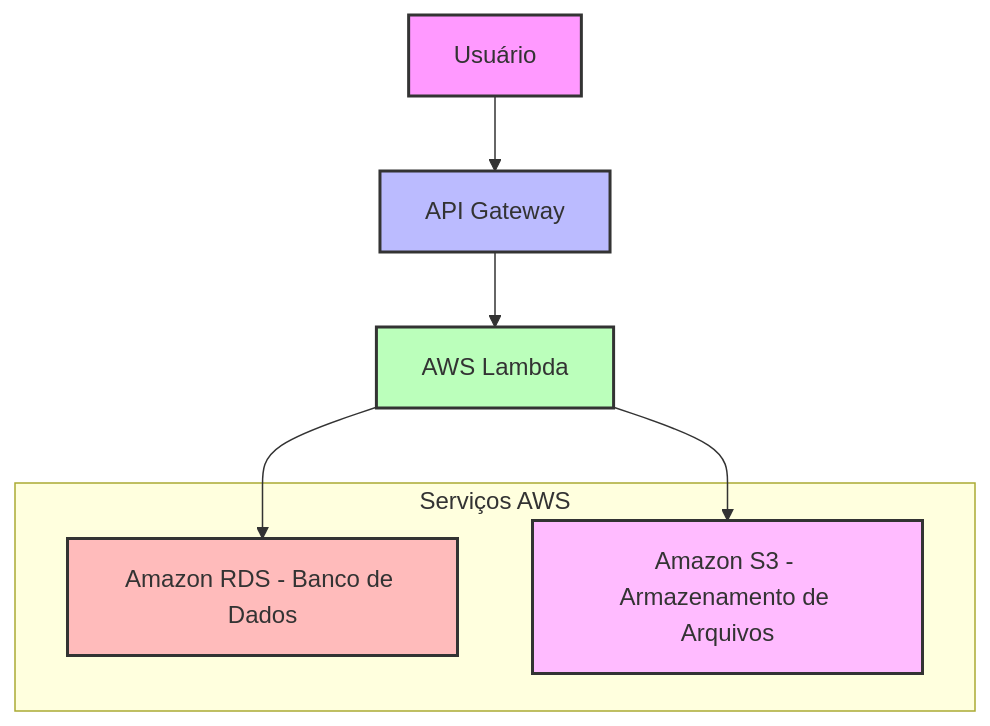
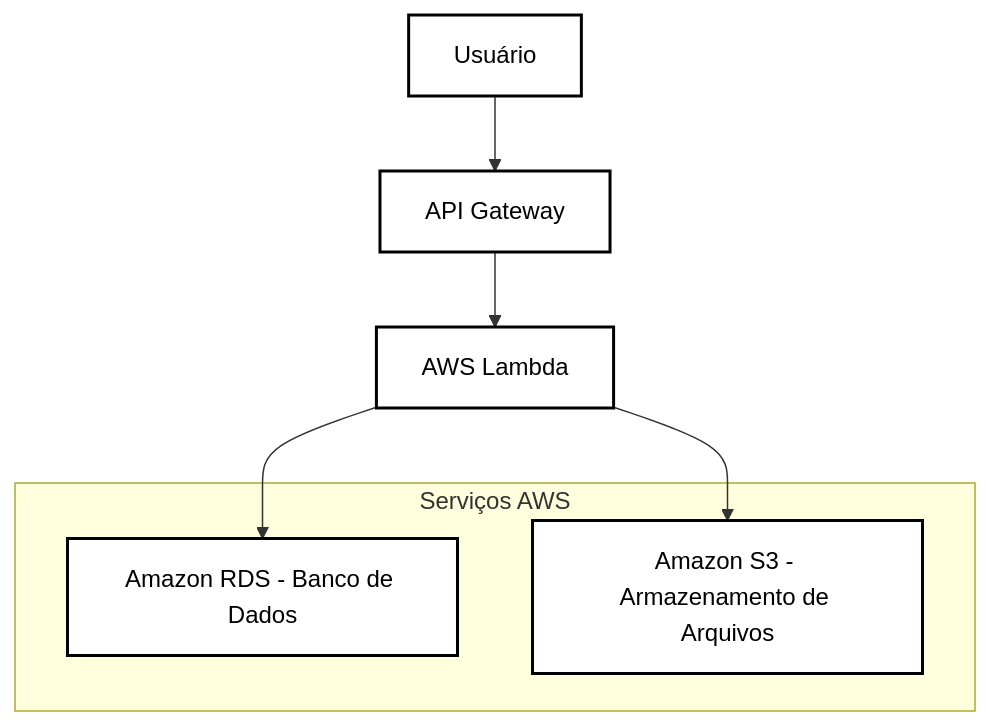
One commit to Patrick-Lima-DEV/-Infraestrutura-da-AWS changed the diagram in README.md. Above: the diagram before and after it, drawn with Mermaid.

Commit message:
Melhora cores do diagrama para melhor legibilidade

````diff
--- a/README.md
+++ b/README.md
@@ -25,18 +25,18 @@
 ```mermaid
 graph TD
     A[Usuário] --> B[API Gateway]
     B --> C[AWS Lambda]
     C --> D[Amazon RDS - Banco de Dados]
     C --> E[Amazon S3 - Armazenamento de Arquivos]
     
     subgraph "Serviços AWS"
         D
         E
     end
     
-    style A fill:#f9f,stroke:#333,stroke-width:2px
-    style B fill:#bbf,stroke:#333,stroke-width:2px
-    style C fill:#bfb,stroke:#333,stroke-width:2px
-    style D fill:#fbb,stroke:#333,stroke-width:2px
-    style E fill:#fbf,stroke:#333,stroke-width:2px
+    style A fill:#ffffff,stroke:#000000,stroke-width:2px,color:#000000
+    style B fill:#ffffff,stroke:#000000,stroke-width:2px,color:#000000
+    style C fill:#ffffff,stroke:#000000,stroke-width:2px,color:#000000
+    style D fill:#ffffff,stroke:#000000,stroke-width:2px,color:#000000
+    style E fill:#ffffff,stroke:#000000,stroke-width:2px,color:#000000
 ```
````
